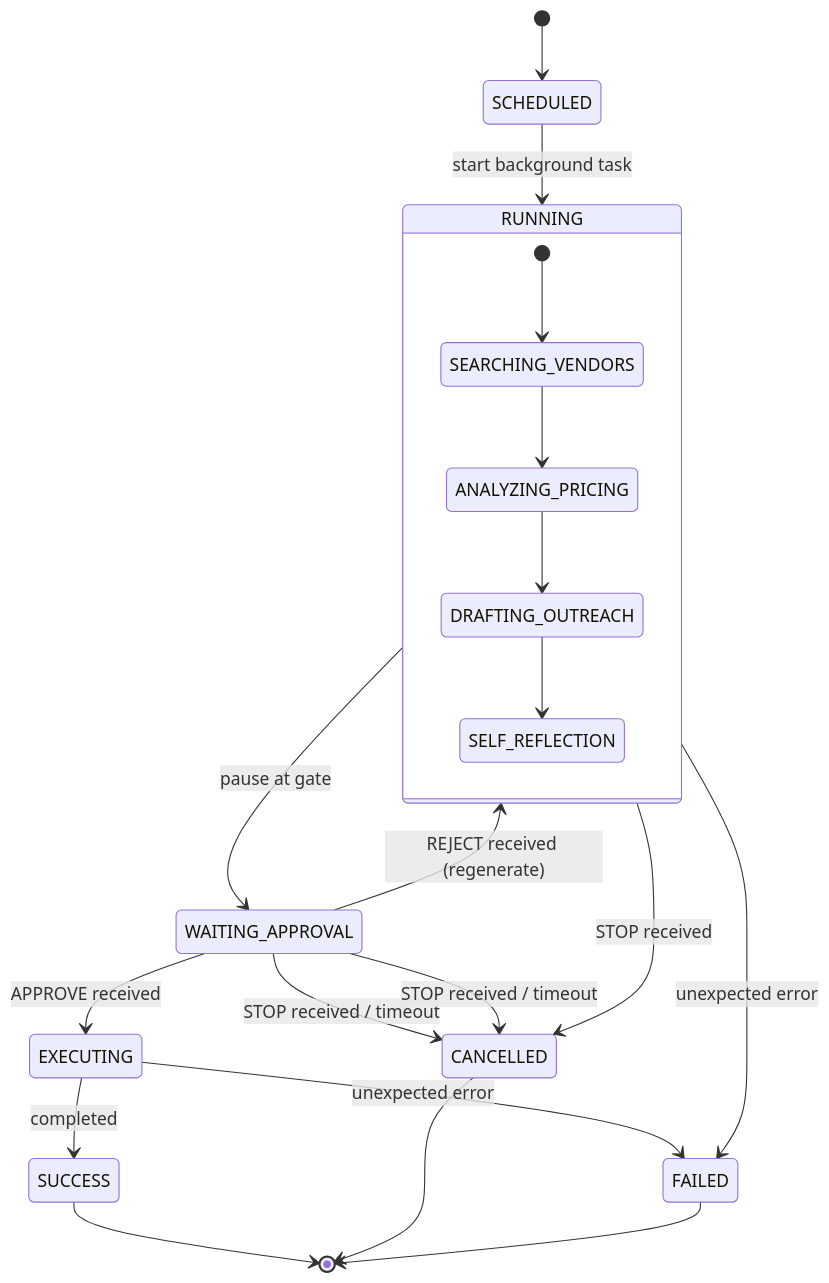
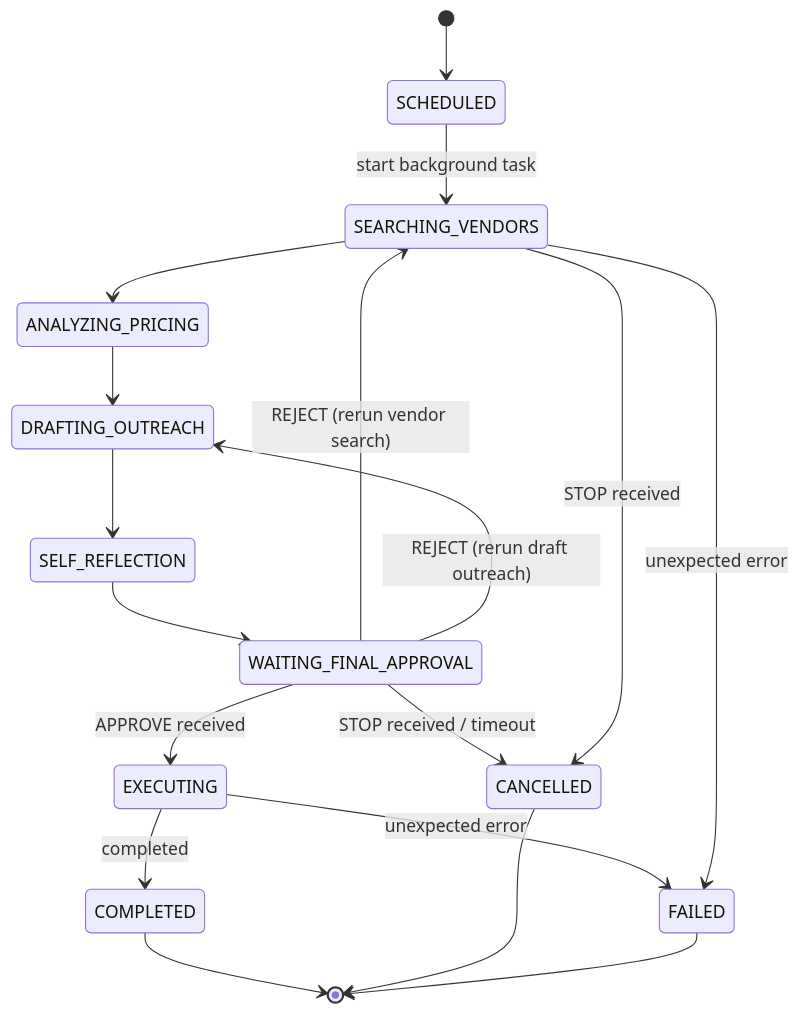
The first of 2 diagrams in backend/docs/websocket-architecture.md (devindersingh79904/agentic-communication-bridge), drawn with Mermaid before and after one commit. The commit also changed other lines of this file and 10 other files, not shown here.

Commit message:
refactor: rename task success state to COMPLETED and update human-in-the-loop transition nomenclature

````diff
--- a/backend/docs/websocket-architecture.md
+++ b/backend/docs/websocket-architecture.md
@@ -38,23 +38,20 @@
 ```mermaid
 stateDiagram-v2
     [*] --> SCHEDULED
-    SCHEDULED --> RUNNING : start background task
-    state RUNNING {
-        [*] --> SEARCHING_VENDORS
-        SEARCHING_VENDORS --> ANALYZING_PRICING
-        ANALYZING_PRICING --> DRAFTING_OUTREACH
-        DRAFTING_OUTREACH --> SELF_REFLECTION
-    }
-    RUNNING --> WAITING_APPROVAL : pause at gate
-    WAITING_APPROVAL --> EXECUTING : APPROVE received
-    WAITING_APPROVAL --> RUNNING : REJECT received (regenerate)
-    WAITING_APPROVAL --> CANCELLED : STOP received / timeout
-    EXECUTING --> SUCCESS : completed
+    SCHEDULED --> SEARCHING_VENDORS : start background task
+    SEARCHING_VENDORS --> ANALYZING_PRICING
+    ANALYZING_PRICING --> DRAFTING_OUTREACH
+    DRAFTING_OUTREACH --> SELF_REFLECTION
+    SELF_REFLECTION --> WAITING_FINAL_APPROVAL
+    WAITING_FINAL_APPROVAL --> EXECUTING : APPROVE received
+    WAITING_FINAL_APPROVAL --> SEARCHING_VENDORS : REJECT (rerun vendor search)
+    WAITING_FINAL_APPROVAL --> DRAFTING_OUTREACH : REJECT (rerun draft outreach)
+    WAITING_FINAL_APPROVAL --> CANCELLED : STOP received / timeout
+    EXECUTING --> COMPLETED : completed
     EXECUTING --> FAILED : unexpected error
-    WAITING_APPROVAL --> CANCELLED : STOP received / timeout
-    RUNNING --> CANCELLED : STOP received
-    RUNNING --> FAILED : unexpected error
-    SUCCESS --> [*]
+    SEARCHING_VENDORS --> CANCELLED : STOP received
+    SEARCHING_VENDORS --> FAILED : unexpected error
+    COMPLETED --> [*]
     CANCELLED --> [*]
     FAILED --> [*]
 ```
````
